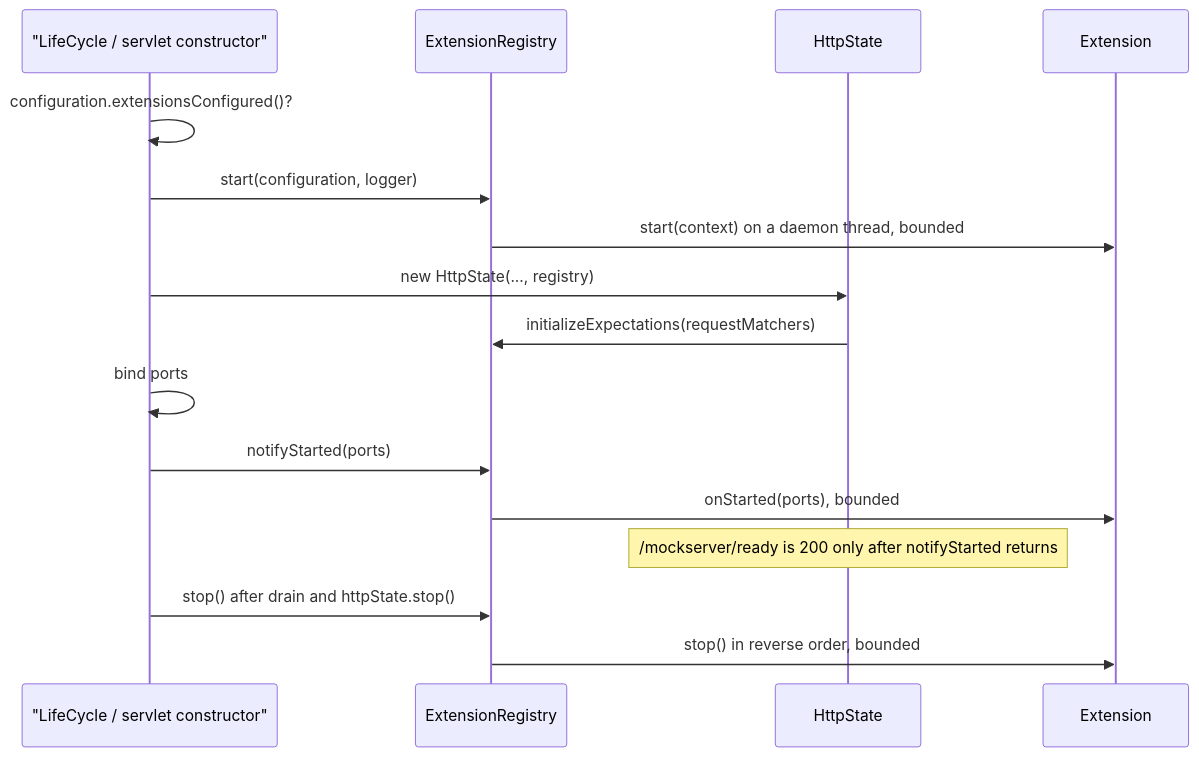
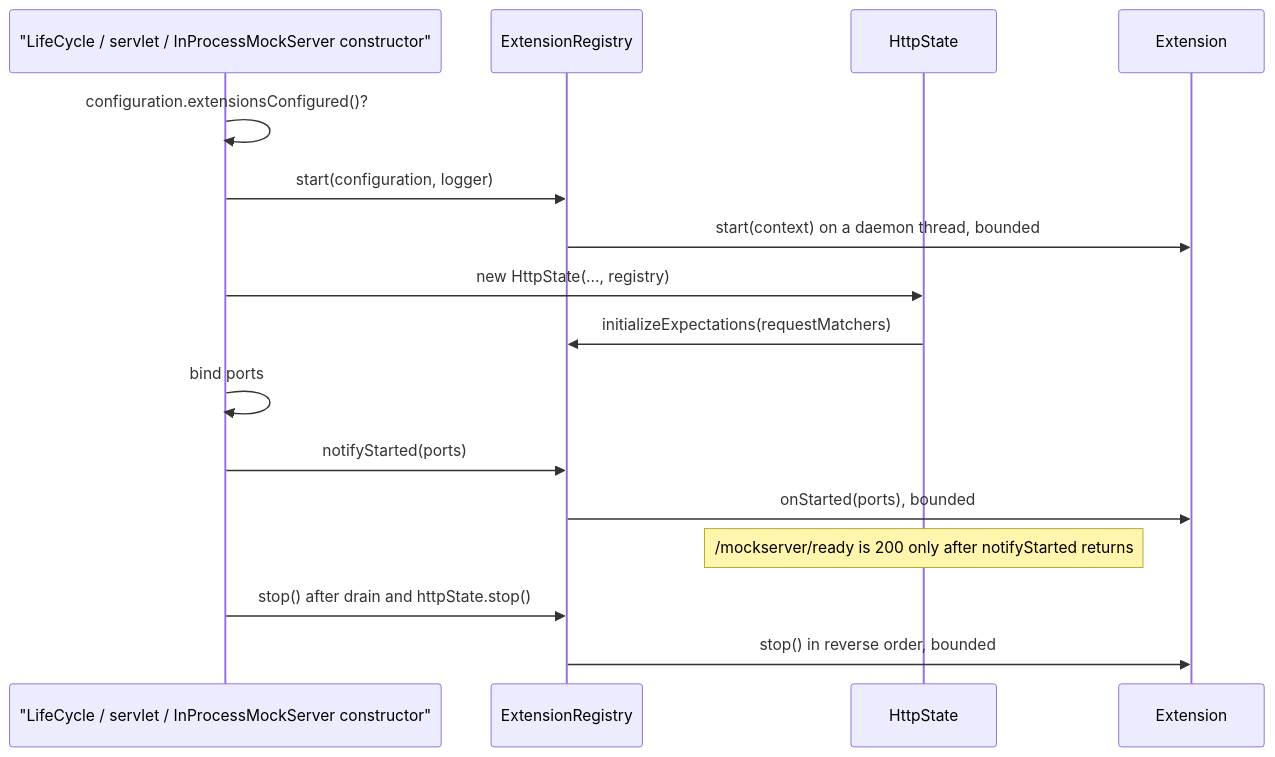
Before and after one commit to mock-server/mockserver: the first of 4 diagrams in docs/code/extensions.md, drawn with Mermaid. The commit also changed other lines of this file and 7 other files, not shown here.

````diff
--- a/docs/code/extensions.md
+++ b/docs/code/extensions.md
@@ -26,18 +28,18 @@
 ```mermaid
 sequenceDiagram
-    participant LC as "LifeCycle / servlet constructor"
+    participant LC as "LifeCycle / servlet / InProcessMockServer constructor"
     participant REG as ExtensionRegistry
     participant HS as HttpState
     participant EXT as Extension
     LC->>LC: configuration.extensionsConfigured()?
     LC->>REG: start(configuration, logger)
     REG->>EXT: start(context) on a daemon thread, bounded
     LC->>HS: new HttpState(..., registry)
     HS->>REG: initializeExpectations(requestMatchers)
     LC->>LC: bind ports
     LC->>REG: notifyStarted(ports)
     REG->>EXT: onStarted(ports), bounded
     Note over HS: /mockserver/ready is 200 only after notifyStarted returns
     LC->>REG: stop() after drain and httpState.stop()
     REG->>EXT: stop() in reverse order, bounded
 ```
````
